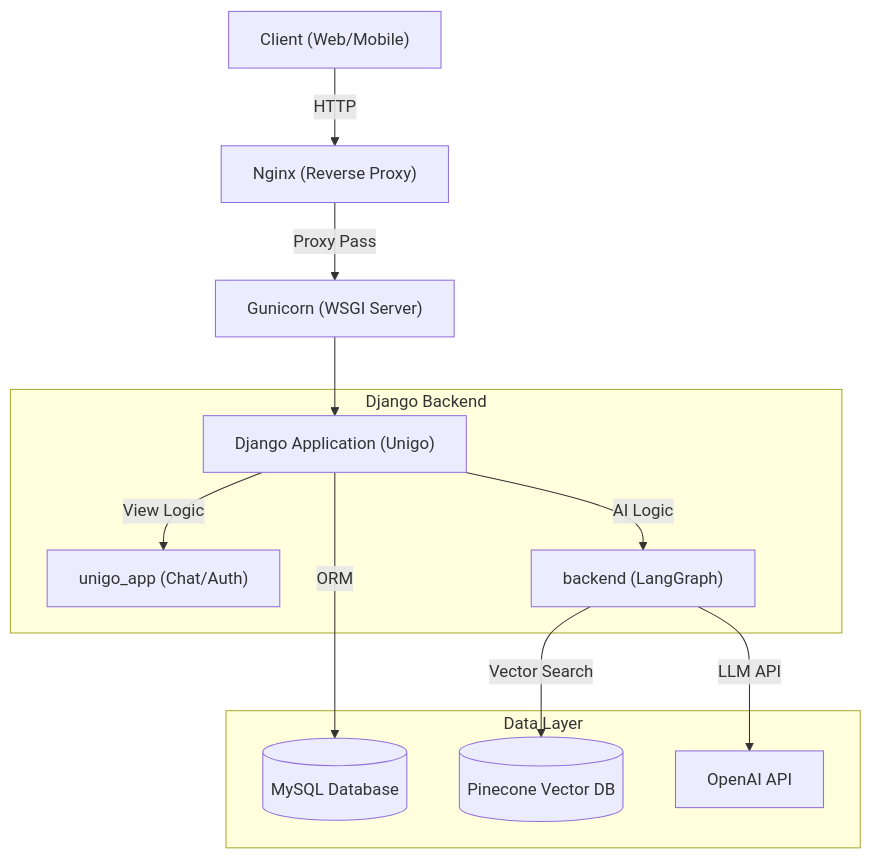
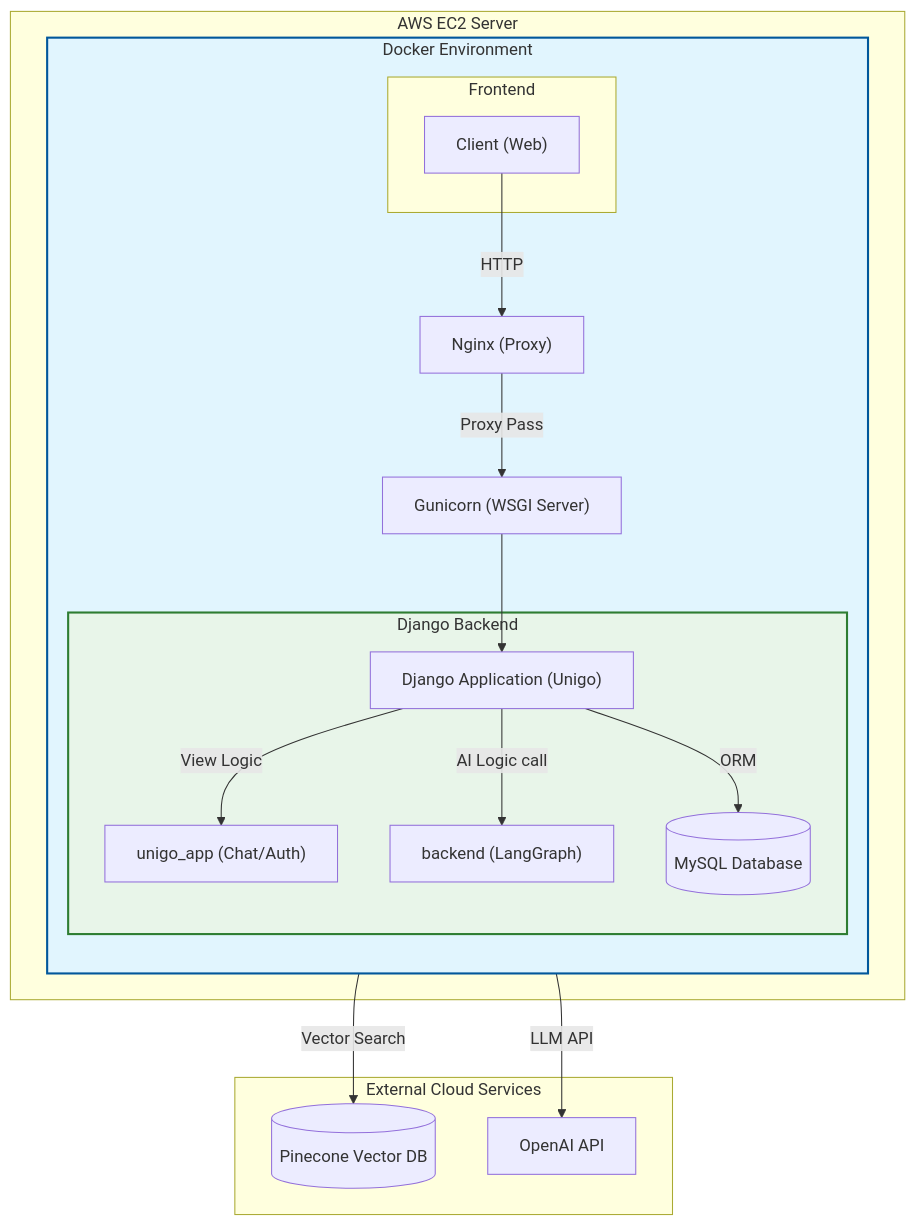
Before and after one commit to SKN19-3rd-1team/Unigo: the first of 3 diagrams in README.md, drawn with Mermaid. The commit also changed other lines of this file, not shown here.

Commit message:
feat:readme 일부 수정

````diff
--- a/README.md
+++ b/README.md
@@ -291,17 +291,56 @@
 ```mermaid
 flowchart TD
-    Client["Client (Web/Mobile)"] -->|HTTP| Nginx["Nginx (Reverse Proxy)"]
-    Nginx -->|Proxy Pass| Gunicorn["Gunicorn (WSGI Server)"]
-    Gunicorn --> Django["Django Application (Unigo)"]
+    %% 1. AWS 환경 (서버)
+    subgraph AWS ["AWS EC2 Server"]
+    %% 2. Docker 환경
+    subgraph Docker ["Docker Environment"]
+        direction TB
 
-    subgraph Backend ["Django Backend"]
-        Django -->|View Logic| UnigoApp["unigo_app (Chat/Auth)"]
-        Django -->|AI Logic| AIBackend["backend (LangGraph)"]
+        subgraph Frontend ["Frontend"]
+            Client["Client (Web)"]
+        end
+
+        Nginx["Nginx (Proxy)"]
+        Gunicorn["Gunicorn (WSGI Server)"]
+
+        subgraph Backend ["Django Backend"]
+            Django["Django Application (Unigo)"]
+
+            %% Django 내부 로직들
+            UnigoApp["unigo_app (Chat/Auth)"]
+            AIBackend["backend (LangGraph)"]
+            MySQL[("MySQL Database")]
+        end
+
+
+    end
     end
 
-    subgraph Data ["Data Layer"]
-        Django -->|ORM| MySQL[("MySQL Database")]
-        AIBackend -->|Vector Search| Pinecone[("Pinecone Vector DB")]
-        AIBackend -->|LLM API| OpenAI["OpenAI API"]
+    %% 3. 외부 클라우드/API 서비스
+    subgraph CloudServices ["External Cloud Services"]
+        Pinecone[("Pinecone Vector DB")]
+        OpenAI["OpenAI API"]
     end
+
+
+    %% 연결 관계 정의
+    Client -->|HTTP| Nginx
+    Nginx -->|Proxy Pass| Gunicorn
+    Gunicorn --> Django
+
+    %% Backend 내부 흐름
+    Django -->|View Logic| UnigoApp
+    Django -->|AI Logic call| AIBackend
+    Django -->|ORM| MySQL
+
+    %% AI 로직의 외부 통신
+    AIBackend -->|Vector Search| Pinecone
+    AIBackend -->|LLM API| OpenAI
+
+    %% 스타일링
+    classDef docker fill:#e1f5fe,stroke:#01579b,stroke-width:2px;
+    classDef backend fill:#e8f5e9,stroke:#2e7d32,stroke-width:2px;
+
+    class Docker docker;
+    class Backend backend;
 ```
````
